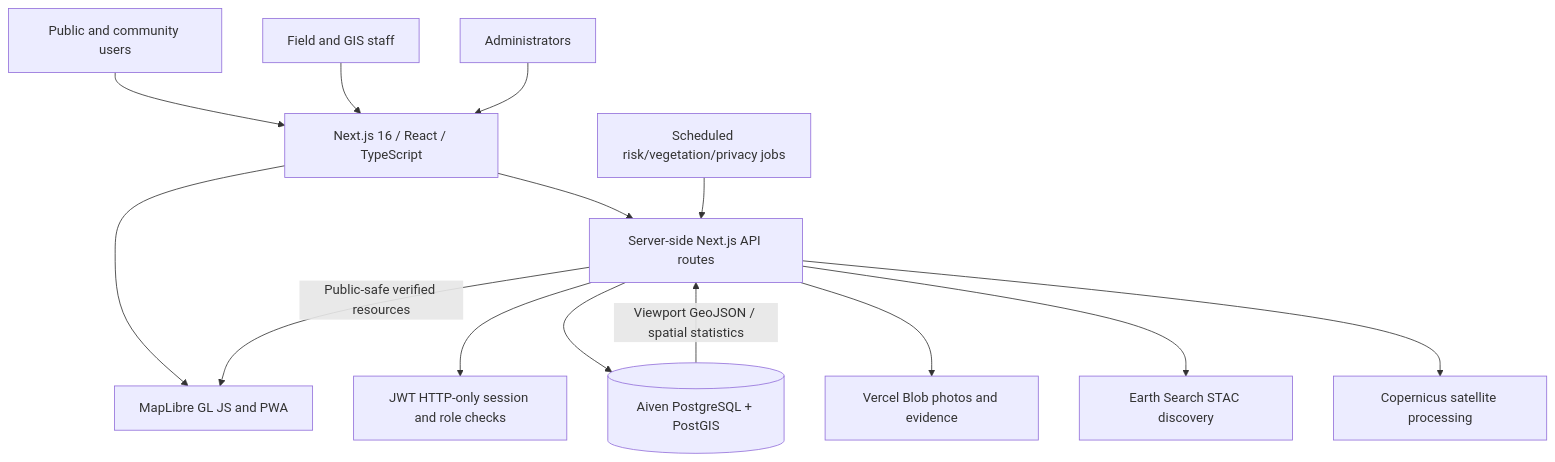
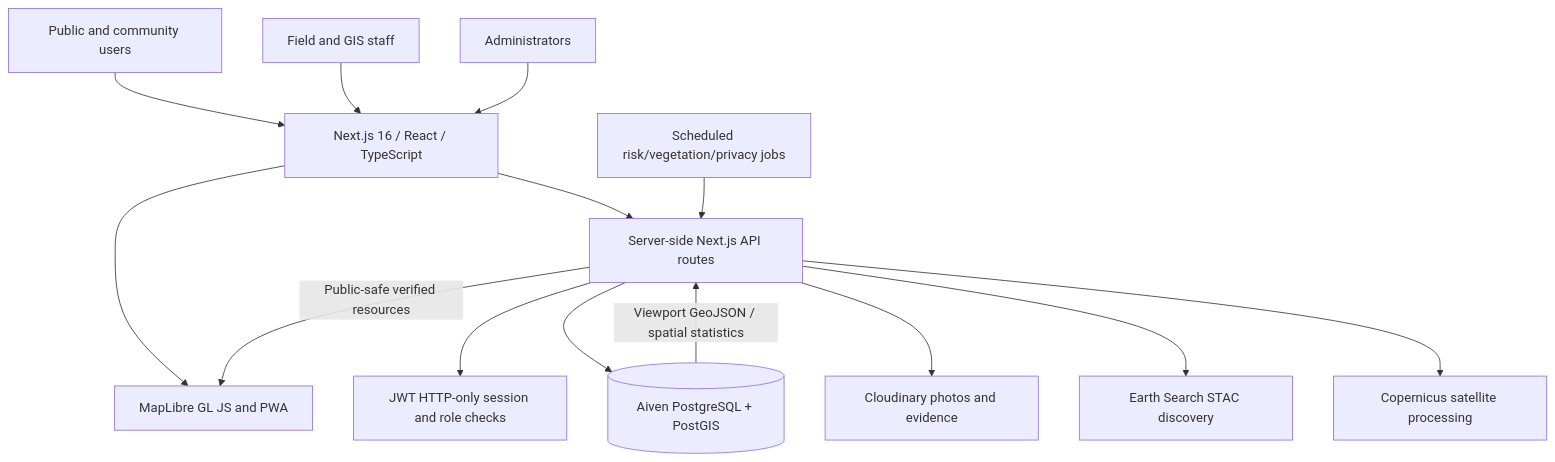
The diagram in docs/architecture/overview.md (Simmyt3r/CARE-Map), drawn with Mermaid before and after one commit. The commit also changed other lines of this file, not shown here.

Commit message:
docs: update Cloudinary provider architecture and privacy guidance

````diff
--- a/docs/architecture/overview.md
+++ b/docs/architecture/overview.md
@@ -12,16 +12,16 @@
 ```mermaid
 flowchart TD
   P[Public and community users] --> W[Next.js 16 / React / TypeScript]
   S[Field and GIS staff] --> W
   A[Administrators] --> W
   W --> M[MapLibre GL JS and PWA]
   W --> API[Server-side Next.js API routes]
   API --> AUTH[JWT HTTP-only session and role checks]
   API --> PG[(Aiven PostgreSQL + PostGIS)]
-  API --> B[Vercel Blob photos and evidence]
+  API --> B[Cloudinary photos and evidence]
   API --> ES[Earth Search STAC discovery]
   API --> C[Copernicus satellite processing]
   JOB[Scheduled risk/vegetation/privacy jobs] --> API
   PG -->|Viewport GeoJSON / spatial statistics| API
   API -->|Public-safe verified resources| M
 ```
````
